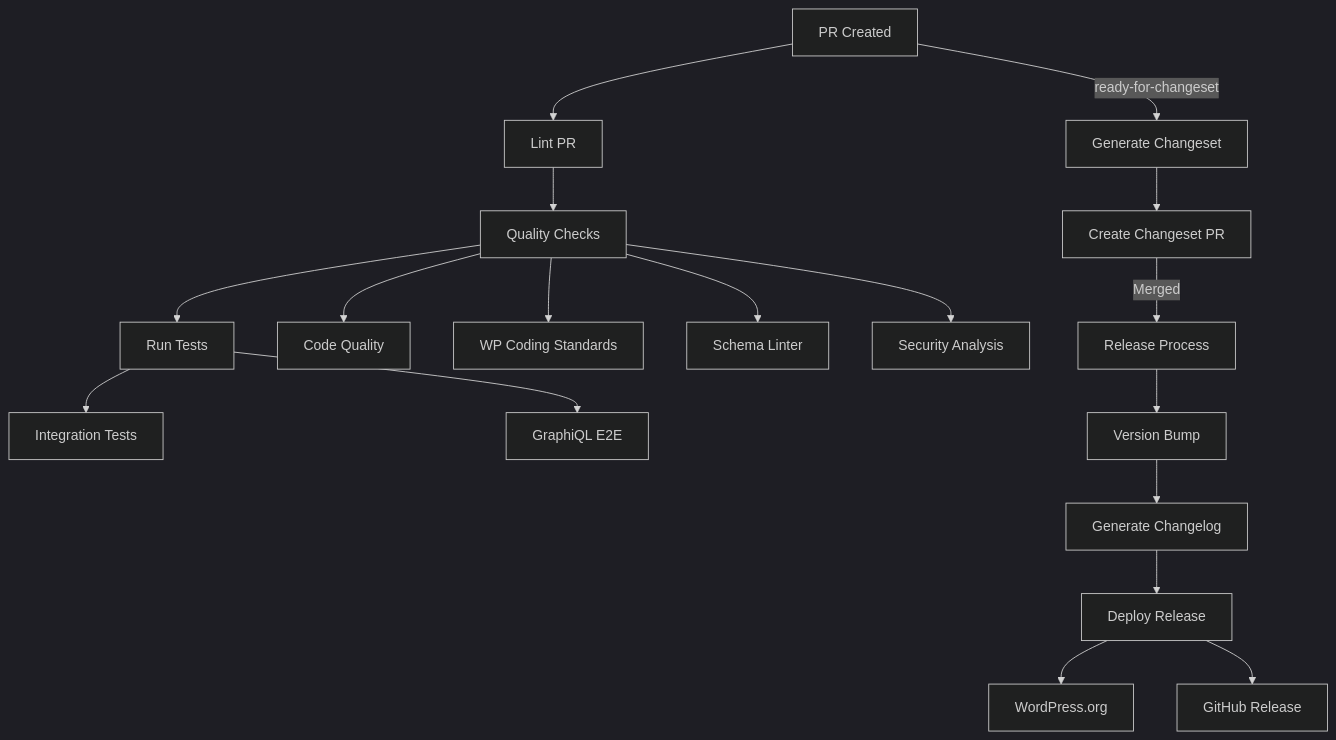
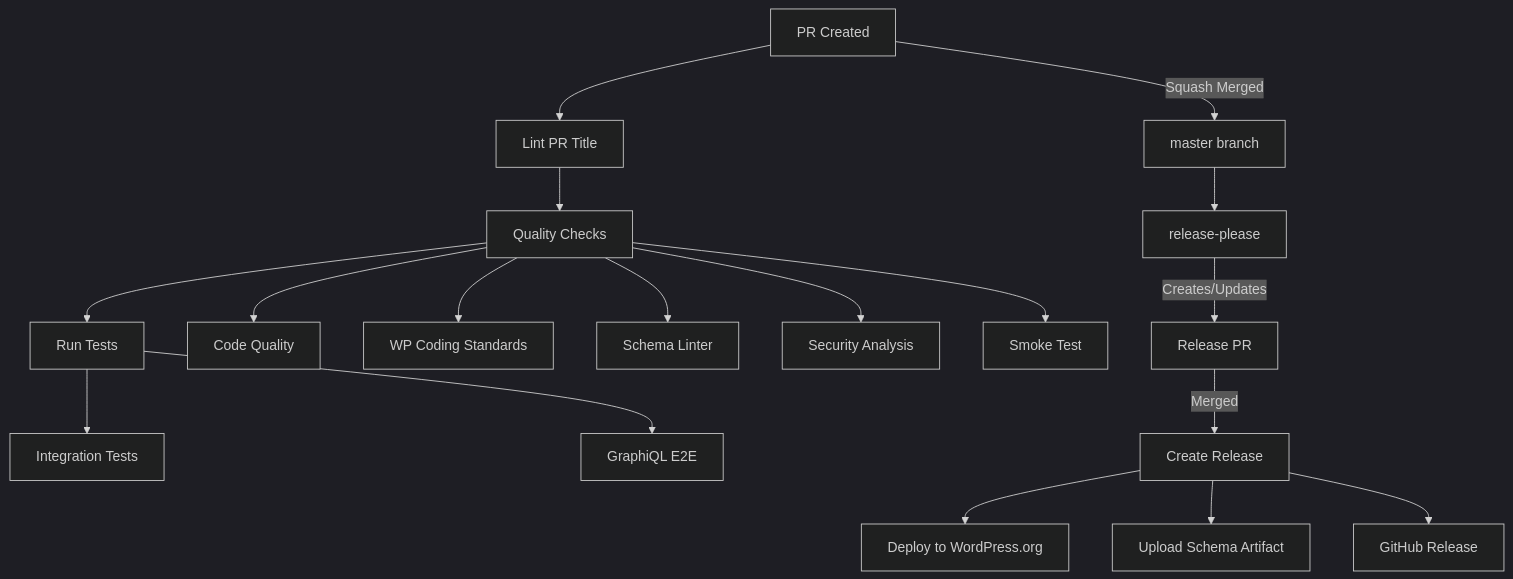
Before and after one commit to wp-graphql/wp-graphql: the diagram in .github/workflows/README.md, drawn with Mermaid (dark theme). The commit also changed other lines of this file and 708 other files, not shown here.

First line of the commit message:
chore: migrate to release-please and single-branch workflow

````diff
--- a/.github/workflows/README.md
+++ b/.github/workflows/README.md
@@ -95,29 +92,27 @@
 ```mermaid
 flowchart TD
-    %% PR and Changeset Process
-    PR[PR Created] --> LPR[Lint PR]
+    %% PR Process
+    PR[PR Created] --> LPR[Lint PR Title]
     LPR --> QA[Quality Checks]
     QA --> Tests[Run Tests]
 
     %% Quality Checks
     QA --> CQ[Code Quality]
     QA --> WCS[WP Coding Standards]
     QA --> SL[Schema Linter]
     QA --> SEC[Security Analysis]
+    QA --> SM[Smoke Test]
 
     %% Tests
     Tests --> INT[Integration Tests]
     Tests --> E2E[GraphiQL E2E]
 
-    %% Changeset Process
-    PR --> |ready-for-changeset| GC[Generate Changeset]
-    GC --> CPR[Create Changeset PR]
-
-    %% Release Process
-    CPR --> |Merged| REL[Release Process]
-    REL --> VB[Version Bump]
-    VB --> CL[Generate Changelog]
-    CL --> DR[Deploy Release]
-    DR --> WO[WordPress.org]
-    DR --> GH[GitHub Release]
+    %% Merge and Release
+    PR --> |Squash Merged| MASTER[master branch]
+    MASTER --> RP[release-please]
+    RP --> |Creates/Updates| RPR[Release PR]
+    RPR --> |Merged| REL[Create Release]
+    REL --> WO[Deploy to WordPress.org]
+    REL --> SA[Upload Schema Artifact]
+    REL --> GH[GitHub Release]
 ```
````
